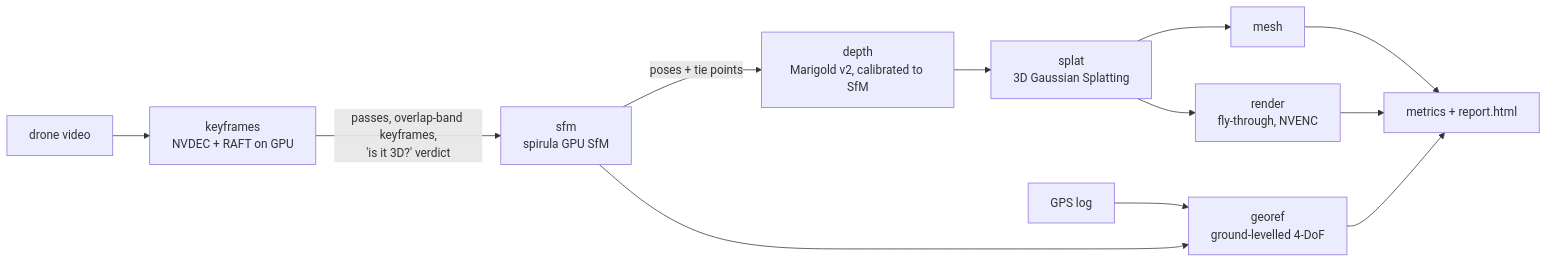
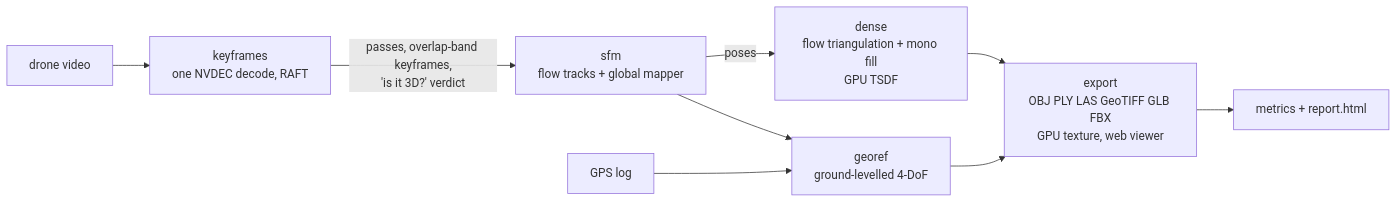
The diagram in README.md (Shuvam-Banerji-Seal/SIH_2D-to-3D), drawn with Mermaid before and after one commit. The commit also changed other lines of this file, not shown here.

````diff
--- a/README.md
+++ b/README.md
@@ -20,14 +30,11 @@
 ```mermaid
 flowchart LR
-    V[drone video] --> K[keyframes<br/>NVDEC + RAFT on GPU]
-    K -->|passes, overlap-band keyframes,<br/>'is it 3D?' verdict| S[sfm<br/>spirula GPU SfM]
-    S -->|poses + tie points| D[depth<br/>Marigold v2, calibrated to SfM]
-    D --> G[splat<br/>3D Gaussian Splatting]
-    G --> M[mesh]
-    S --> R[georef<br/>ground-levelled 4-DoF]
-    T[GPS log] --> R
-    G --> F[render<br/>fly-through, NVENC]
-    M --> O[metrics + report.html]
-    R --> O
-    F --> O
+    V[drone video] --> K[keyframes<br/>one NVDEC decode, RAFT]
+    K -->|passes, overlap-band keyframes,<br/>'is it 3D?' verdict| S[sfm<br/>flow tracks + global mapper]
+    S -->|poses| D[dense<br/>flow triangulation + mono fill<br/>GPU TSDF]
+    T[GPS log] --> G[georef<br/>ground-levelled 4-DoF]
+    S --> G
+    D --> E[export<br/>OBJ PLY LAS GeoTIFF GLB FBX<br/>GPU texture, web viewer]
+    G --> E
+    E --> R[metrics + report.html]
 ```
````
